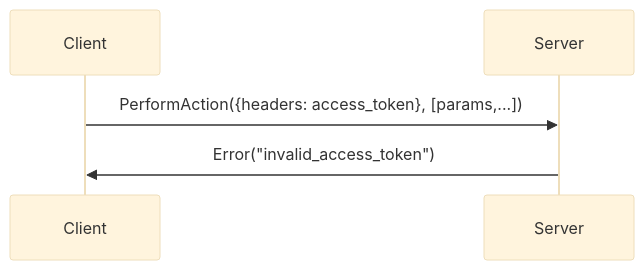
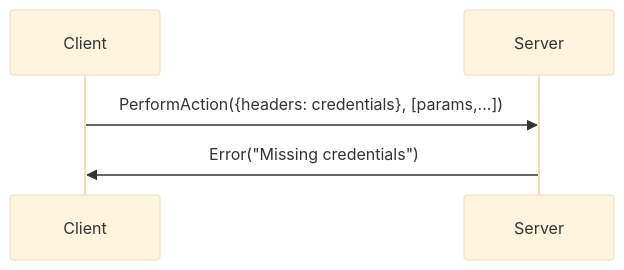
One commit to adimian/kova changed the seventh of 8 diagrams in kova/authentication/docs.md. Above: the diagram before and after it, drawn with Mermaid (base theme). The commit also changed other lines of this file and 1 other file, not shown here.

````diff
--- a/kova/authentication/docs.md
+++ b/kova/authentication/docs.md
@@ -106,5 +59,5 @@
 ```mermaid
 sequenceDiagram
-    Client ->> Server: PerformAction({headers: access_token}, [params,...])
-    Server ->> Client: Error("invalid_access_token")
+    Client ->> Server: PerformAction({headers: credentials}, [params,...])
+    Server ->> Client: Error("Missing credentials")
 ```
````
